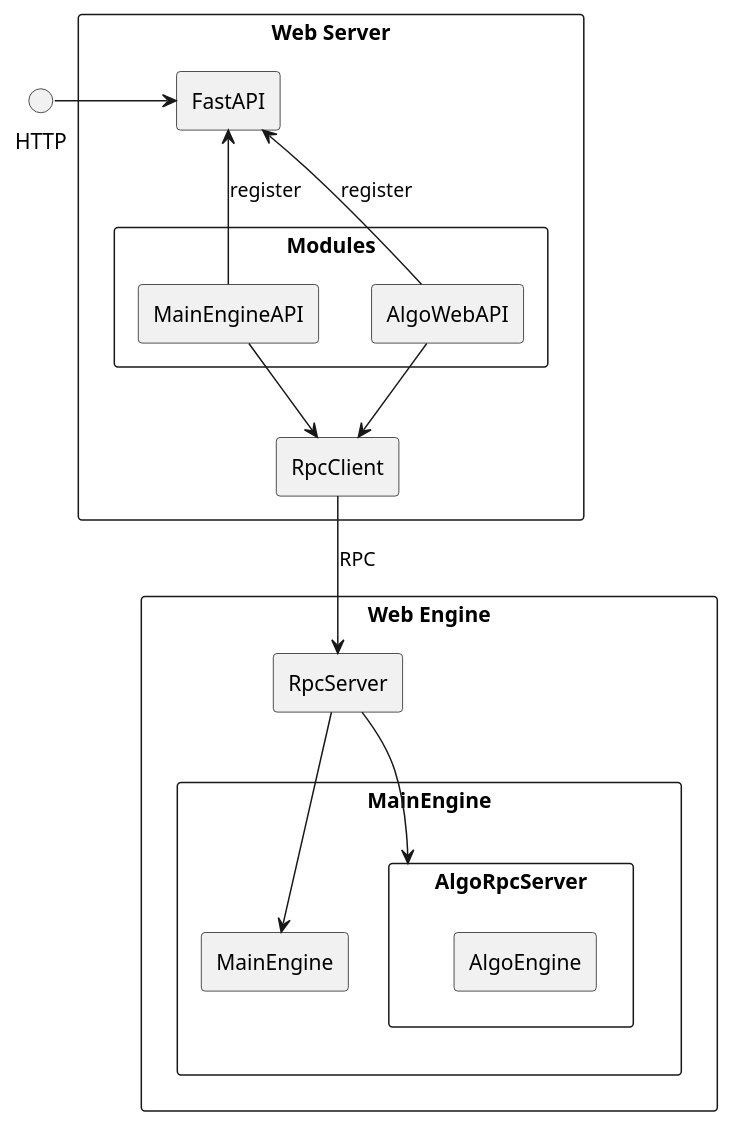
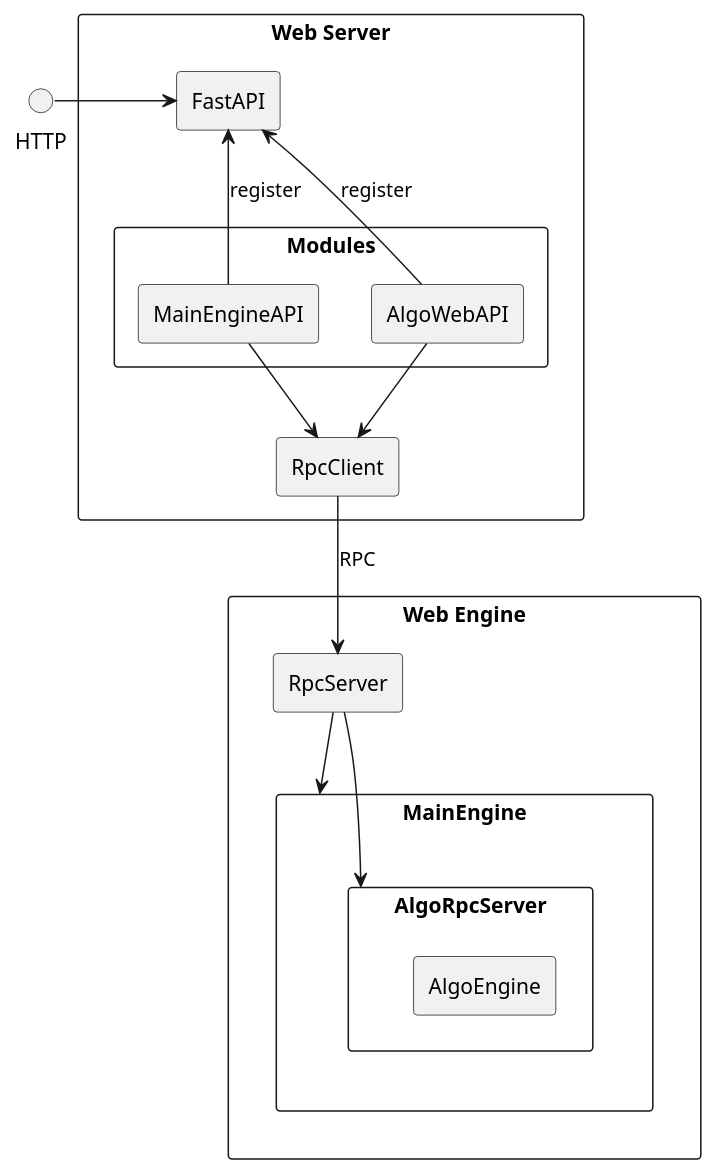
Before and after one commit to Milk-T/milk-t-rpc: the diagram in README.md, drawn with PlantUML. The commit also changed 1 other file, not shown here.

````diff
--- a/README.md
+++ b/README.md
@@ -10,31 +10,31 @@
 ```plantuml
 @startuml
 skinparam componentStyle rectangle
 
 component "Web Server" as web {
     [FastAPI]
     [RpcClient]
     component "Modules" as webmodules {
         [MainEngineAPI] -up-> [FastAPI]: register
         [AlgoWebAPI] -up-> [FastAPI]: register
         [MainEngineAPI] -down-> [RpcClient]
         [AlgoWebAPI] -down-> [RpcClient]
     }
 }
 HTTP -right-> [FastAPI]
 
 component "Web Engine" as engine {
     [RpcServer]
     component "MainEngine" as mainengine {
         [RpcServer] -down-> [AlgoRpcServer]
-        [RpcServer] -down-> [MainEngine]
     }
+    [RpcServer] -down-> mainengine
 
     component "AlgoRpcServer" {
         [AlgoEngine]
     }
 }
 
 [RpcClient] -down-> [RpcServer]: "RPC"
 @enduml
 ```
````
